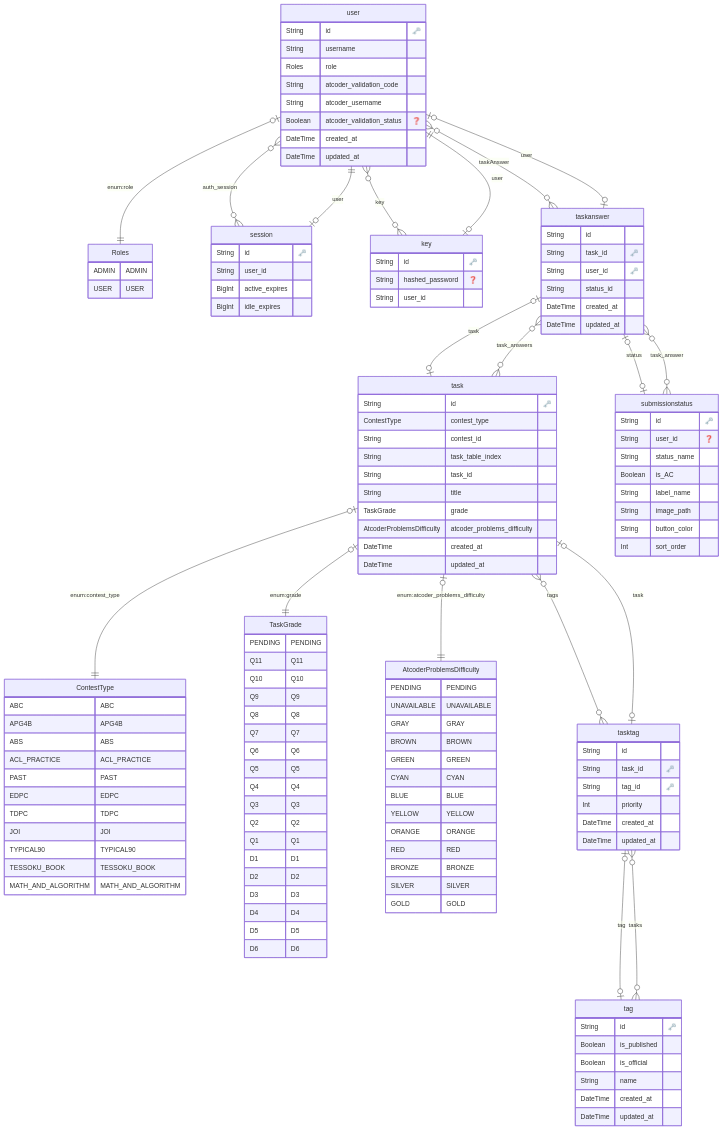
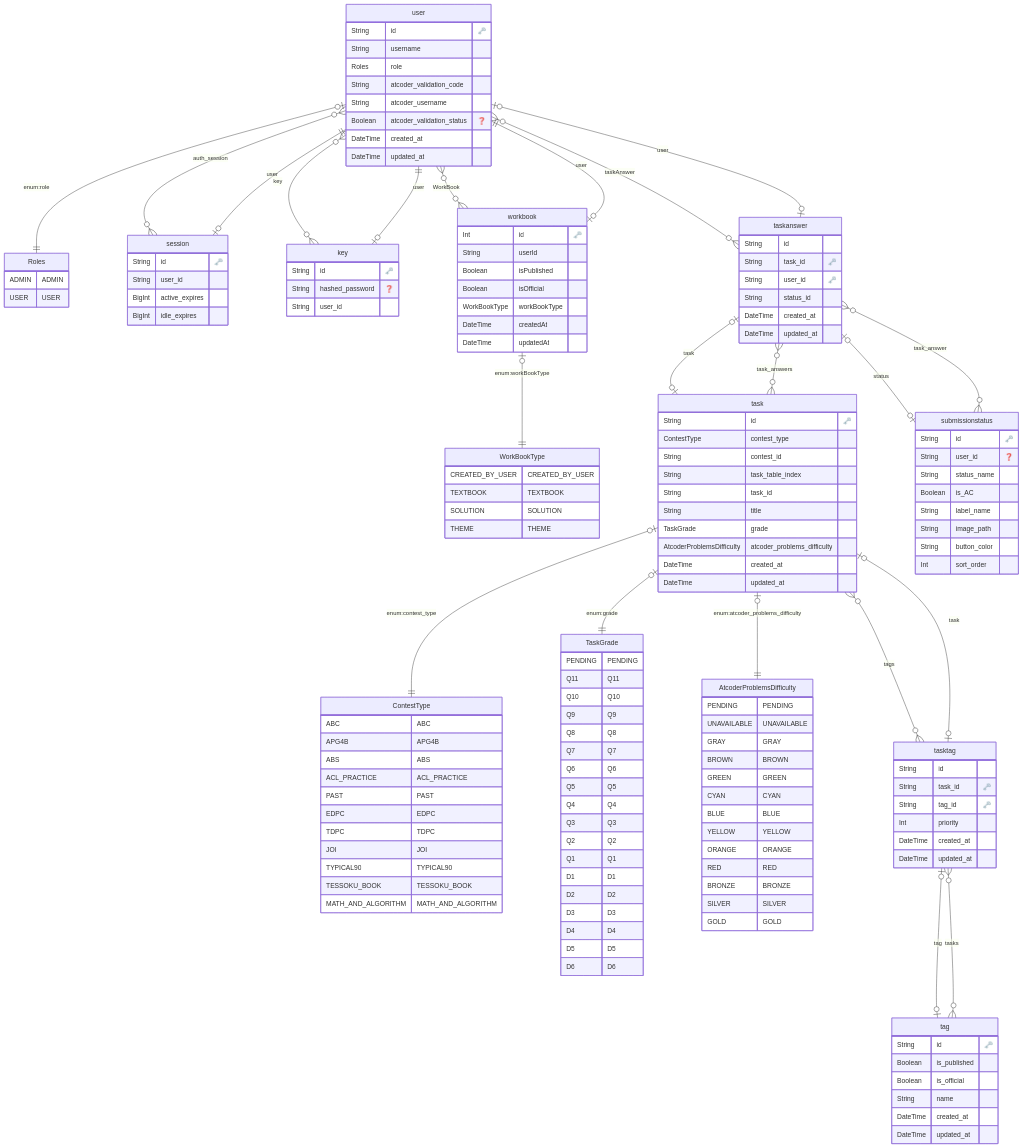
Before and after one commit to AtCoder-NoviSteps/AtCoderNoviSteps: the diagram in prisma/ERD.md, drawn with Mermaid. The commit also changed 3 other files, not shown here.

Commit message:
✨ Add WorkBook table to schema (#696)

````diff
--- a/prisma/ERD.md
+++ b/prisma/ERD.md
@@ -61,6 +61,15 @@
 BRONZE BRONZE
 SILVER SILVER
 GOLD GOLD
+        }
+    
+
+
+        WorkBookType {
+            CREATED_BY_USER CREATED_BY_USER
+TEXTBOOK TEXTBOOK
+SOLUTION SOLUTION
+THEME THEME
         }
     
   "user" {
@@ -145,9 +154,21 @@
     Int sort_order 
     }
   
+
+  "workbook" {
+    Int id "🗝️"
+    String userId 
+    Boolean isPublished 
+    Boolean isOfficial 
+    WorkBookType workBookType 
+    DateTime createdAt 
+    DateTime updatedAt 
+    }
+  
     "user" o{--}o "session" : "auth_session"
     "user" o{--}o "key" : "key"
     "user" o{--}o "taskanswer" : "taskAnswer"
+    "user" o{--}o "workbook" : "WorkBook"
     "user" o|--|| "Roles" : "enum:role"
     "session" o|--|| "user" : "user"
     "key" o|--|| "user" : "user"
@@ -163,4 +184,6 @@
     "taskanswer" o|--|o "user" : "user"
     "taskanswer" o|--|o "submissionstatus" : "status"
     "submissionstatus" o{--}o "taskanswer" : "task_answer"
+    "workbook" o|--|| "WorkBookType" : "enum:workBookType"
+    "workbook" o|--|| "user" : "user"
 ```
````
